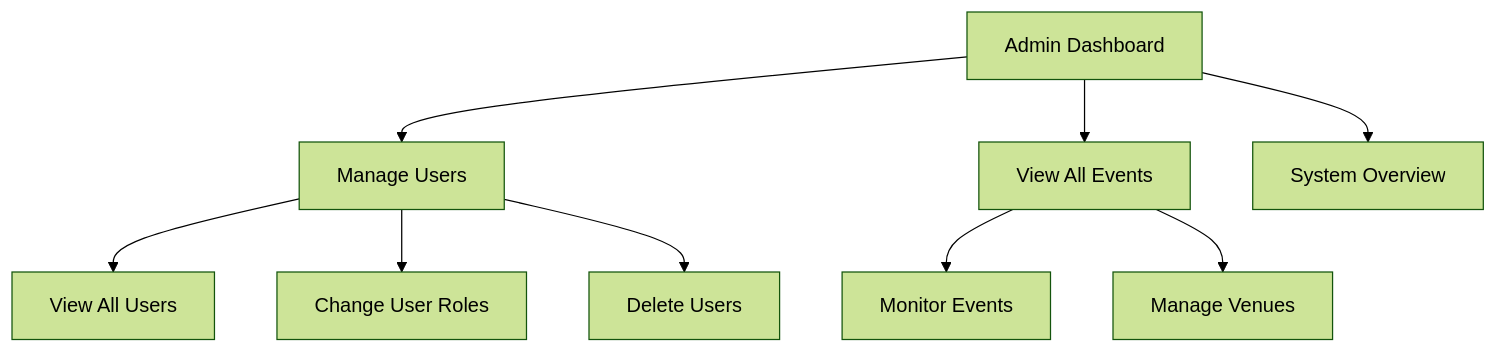
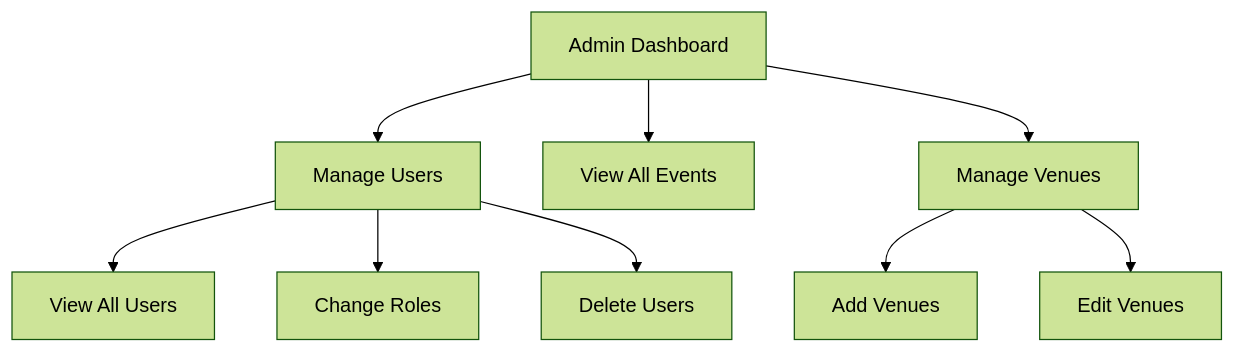
The fourth of 5 diagrams in docs/UserFlow.md (aiyan-shamshad/EventZen), drawn with Mermaid (forest theme) before and after one commit. The commit also changed other lines of this file and 5 other files, not shown here.

Commit message:
Phase 1: Project setup with database init, ER diagram, and docs

````diff
--- a/docs/UserFlow.md
+++ b/docs/UserFlow.md
@@ -69,13 +72,13 @@
 ```mermaid
 flowchart TD
     A[Admin Dashboard] --> B[Manage Users]
     A --> C[View All Events]
-    A --> D[System Overview]
-    
+    A --> D[Manage Venues]
+
     B --> B1[View All Users]
-    B --> B2[Change User Roles]
+    B --> B2[Change Roles]
     B --> B3[Delete Users]
-    
-    C --> C1[Monitor Events]
-    C --> C2[Manage Venues]
+
+    D --> D1[Add Venues]
+    D --> D2[Edit Venues]
 ```
````
